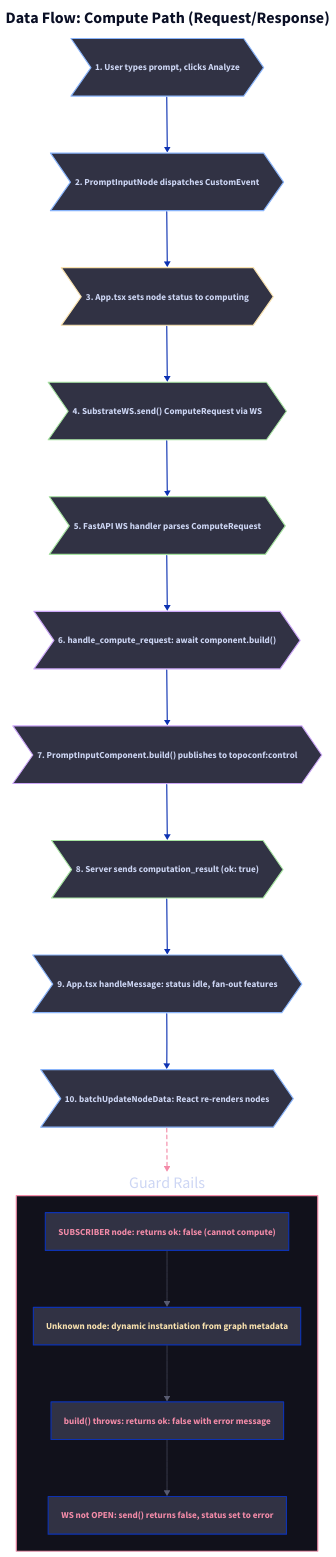
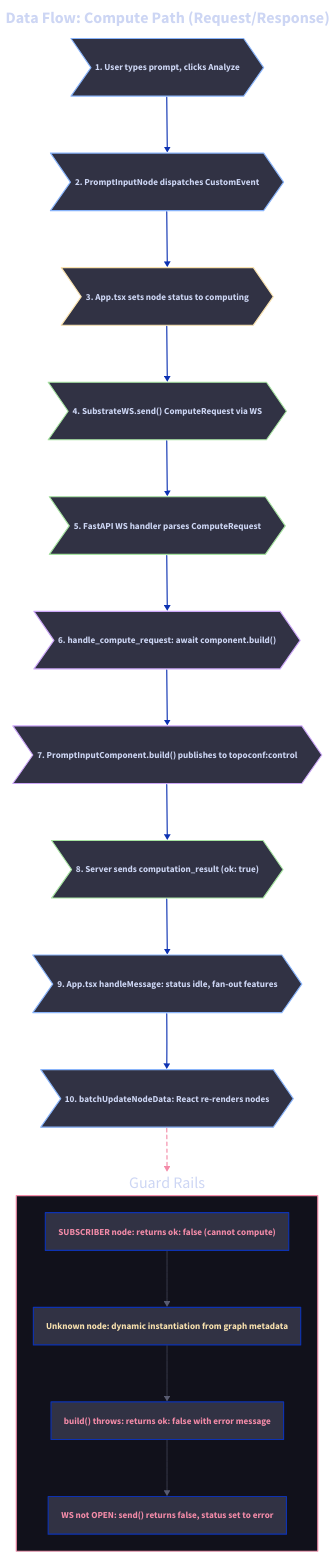
The diagram in docs/diagrams/04-compute-path.d2 (musicofhel/node-graph-substrate), drawn with D2 before and after one commit. The commit also changed 26 other files, not shown here.

First line of the commit message:
Fix diagram text contrast: dark rows now readable on all sql_tables

```diff
--- a/docs/diagrams/04-compute-path.d2
+++ b/docs/diagrams/04-compute-path.d2
@@ -1,117 +1,118 @@
 direction: down
 
 title: {
   label: "Data Flow: Compute Path (Request/Response)"
   near: top-center
   shape: text
   style.font-size: 28
   style.bold: true
+  style.font-color: "#cdd6f4"
 }
 
 step1: "1. User types prompt, clicks Analyze" {
   shape: step
   style.fill: "#313244"
   style.stroke: "#89b4fa"
   style.font-color: "#cdd6f4"
 }
 
 step2: "2. PromptInputNode dispatches CustomEvent" {
   shape: step
   style.fill: "#313244"
   style.stroke: "#89b4fa"
   style.font-color: "#cdd6f4"
 }
 
 step3: "3. App.tsx sets node status to computing" {
   shape: step
   style.fill: "#313244"
   style.stroke: "#f9e2af"
   style.font-color: "#cdd6f4"
 }
 
 step4: "4. SubstrateWS.send() ComputeRequest via WS" {
   shape: step
   style.fill: "#313244"
   style.stroke: "#a6e3a1"
   style.font-color: "#cdd6f4"
 }
 
 step5: "5. FastAPI WS handler parses ComputeRequest" {
   shape: step
   style.fill: "#313244"
   style.stroke: "#a6e3a1"
   style.font-color: "#cdd6f4"
 }
 
 step6: "6. handle_compute_request: await component.build()" {
   shape: step
   style.fill: "#313244"
   style.stroke: "#cba6f7"
   style.font-color: "#cdd6f4"
 }
 
 step7: "7. PromptInputComponent.build() publishes to topoconf:control" {
   shape: step
   style.fill: "#313244"
   style.stroke: "#cba6f7"
   style.font-color: "#cdd6f4"
 }
 
 step8: "8. Server sends computation_result (ok: true)" {
   shape: step
   style.fill: "#313244"
   style.stroke: "#a6e3a1"
   style.font-color: "#cdd6f4"
 }
 
 step9: "9. App.tsx handleMessage: status idle, fan-out features" {
   shape: step
   style.fill: "#313244"
   style.stroke: "#89b4fa"
   style.font-color: "#cdd6f4"
 }
 
 step10: "10. batchUpdateNodeData: React re-renders nodes" {
   shape: step
   style.fill: "#313244"
   style.stroke: "#89b4fa"
   style.font-color: "#cdd6f4"
 }
 
 step1 -> step2: "" {style.stroke-width: 2}
 step2 -> step3: "" {style.stroke-width: 2}
 step3 -> step4: "" {style.stroke-width: 2}
 step4 -> step5: "" {style.stroke-width: 2}
 step5 -> step6: "" {style.stroke-width: 2}
 step6 -> step7: "" {style.stroke-width: 2}
 step7 -> step8: "" {style.stroke-width: 2}
 step8 -> step9: "" {style.stroke-width: 2}
 step9 -> step10: "" {style.stroke-width: 2}
 
 step10 -> guards: "" {style.stroke: "#f38ba8"; style.stroke-width: 2; style.stroke-dash: 3}
 
 guards: Guard Rails {
   style.fill: "#11111b"
   style.stroke: "#f38ba8"
   style.font-color: "#cdd6f4"
 
   g1: "SUBSCRIBER node: returns ok: false (cannot compute)" {
     style.fill: "#313244"
     style.font-color: "#f38ba8"
   }
   g2: "Unknown node: dynamic instantiation from graph metadata" {
     style.fill: "#313244"
     style.font-color: "#f9e2af"
   }
   g3: "build() throws: returns ok: false with error message" {
     style.fill: "#313244"
     style.font-color: "#f38ba8"
   }
   g4: "WS not OPEN: send() returns false, status set to error" {
     style.fill: "#313244"
     style.font-color: "#f38ba8"
   }
   g1 -> g2: "" {style.stroke: "#585b70"; style.stroke-width: 1}
   g2 -> g3: "" {style.stroke: "#585b70"; style.stroke-width: 1}
   g3 -> g4: "" {style.stroke: "#585b70"; style.stroke-width: 1}
 }
```
